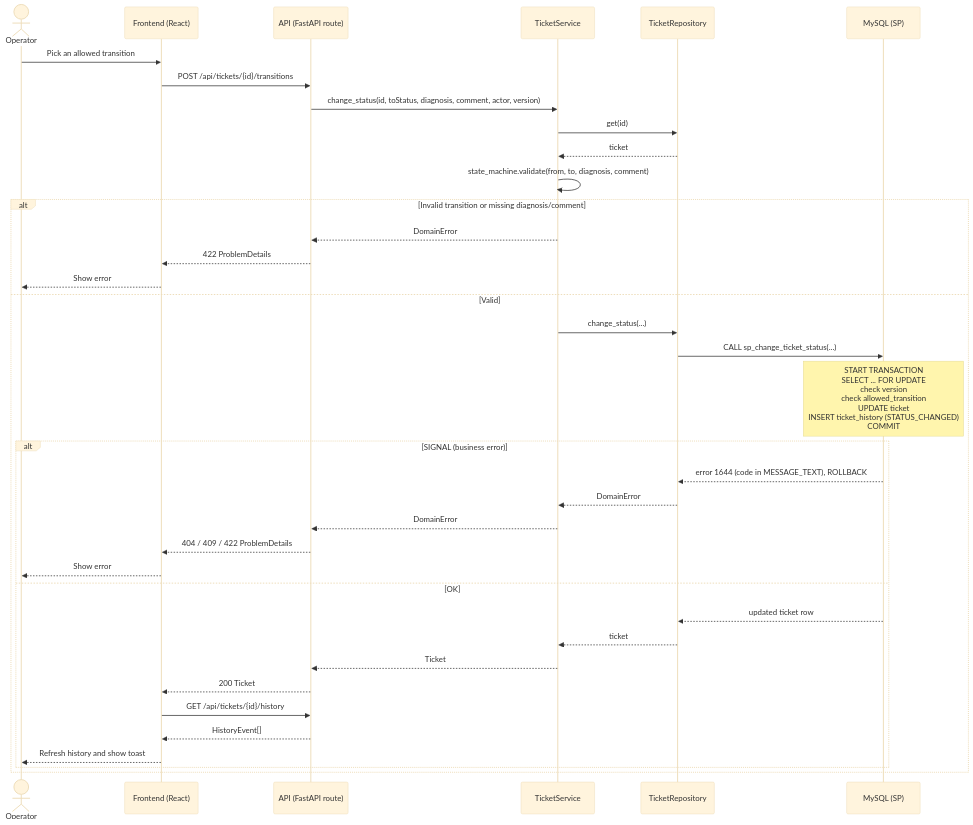
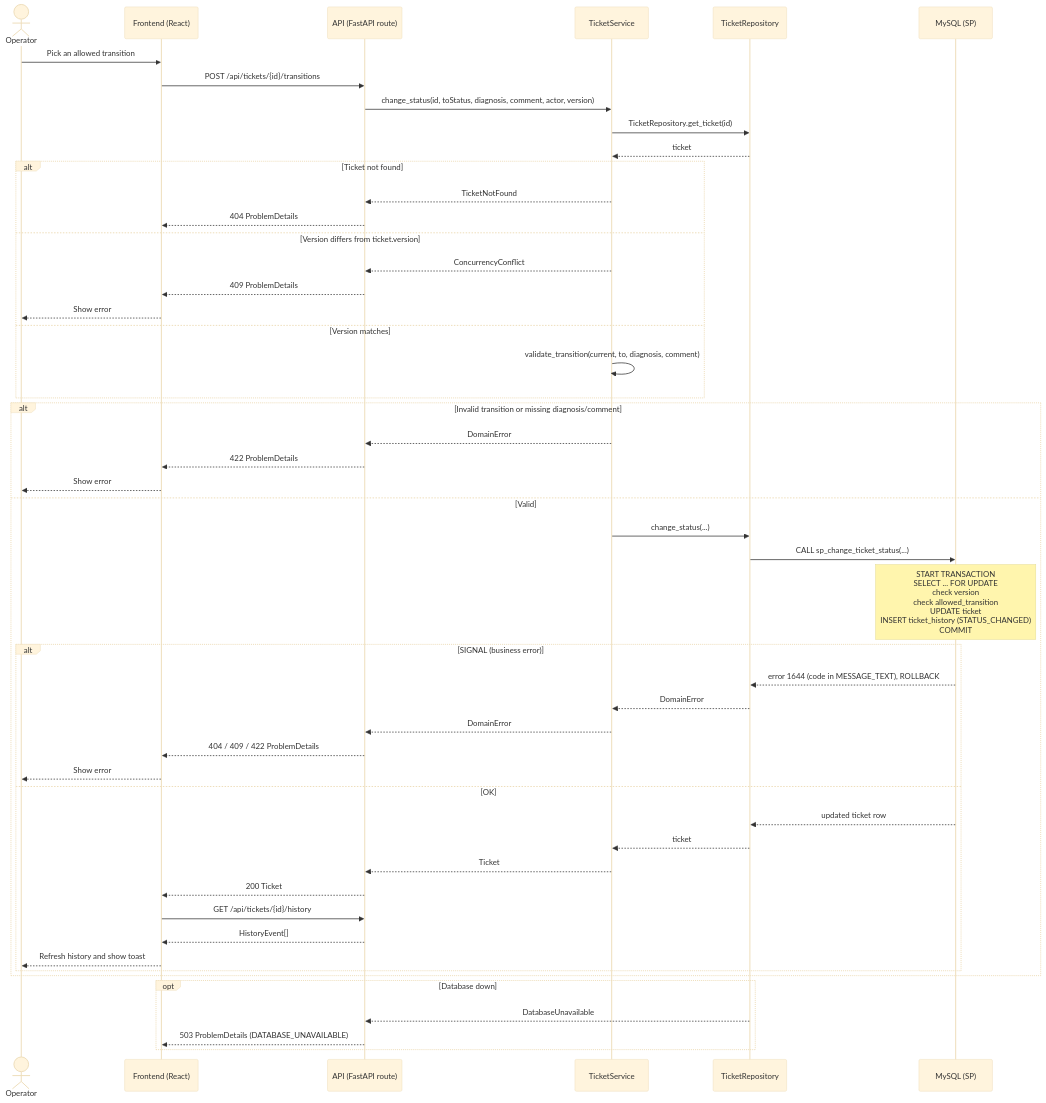
The second of 2 diagrams in docs/sequence.md (MaxWolts/reto-tecnico-fractal-soluciones), drawn with Mermaid (base theme) before and after one commit. The commit also changed other lines of this file and 3 other files, not shown here.

````diff
--- a/docs/sequence.md
+++ b/docs/sequence.md
@@ -35,40 +39,53 @@
 ```mermaid
 sequenceDiagram
     actor Operator
     participant FE as Frontend (React)
     participant API as API (FastAPI route)
     participant SVC as TicketService
     participant REPO as TicketRepository
     participant DB as MySQL (SP)
 
     Operator->>FE: Pick an allowed transition
     FE->>API: POST /api/tickets/{id}/transitions
     API->>SVC: change_status(id, toStatus, diagnosis, comment, actor, version)
-    SVC->>REPO: get(id)
+    SVC->>REPO: TicketRepository.get_ticket(id)
     REPO-->>SVC: ticket
-    SVC->>SVC: state_machine.validate(from, to, diagnosis, comment)
+    alt Ticket not found
+        SVC-->>API: TicketNotFound
+        API-->>FE: 404 ProblemDetails
+    else Version differs from ticket.version
+        SVC-->>API: ConcurrencyConflict
+        API-->>FE: 409 ProblemDetails
+        FE-->>Operator: Show error
+    else Version matches
+        SVC->>SVC: validate_transition(current, to, diagnosis, comment)
+    end
     alt Invalid transition or missing diagnosis/comment
         SVC-->>API: DomainError
         API-->>FE: 422 ProblemDetails
         FE-->>Operator: Show error
     else Valid
         SVC->>REPO: change_status(...)
         REPO->>DB: CALL sp_change_ticket_status(...)
         Note over DB: START TRANSACTION<br/>SELECT ... FOR UPDATE<br/>check version<br/>check allowed_transition<br/>UPDATE ticket<br/>INSERT ticket_history (STATUS_CHANGED)<br/>COMMIT
         alt SIGNAL (business error)
             DB-->>REPO: error 1644 (code in MESSAGE_TEXT), ROLLBACK
             REPO-->>SVC: DomainError
             SVC-->>API: DomainError
             API-->>FE: 404 / 409 / 422 ProblemDetails
             FE-->>Operator: Show error
         else OK
             DB-->>REPO: updated ticket row
             REPO-->>SVC: ticket
             SVC-->>API: Ticket
             API-->>FE: 200 Ticket
             FE->>API: GET /api/tickets/{id}/history
             API-->>FE: HistoryEvent[]
             FE-->>Operator: Refresh history and show toast
         end
     end
+    opt Database down
+        REPO-->>API: DatabaseUnavailable
+        API-->>FE: 503 ProblemDetails (DATABASE_UNAVAILABLE)
+    end
 ```
````
